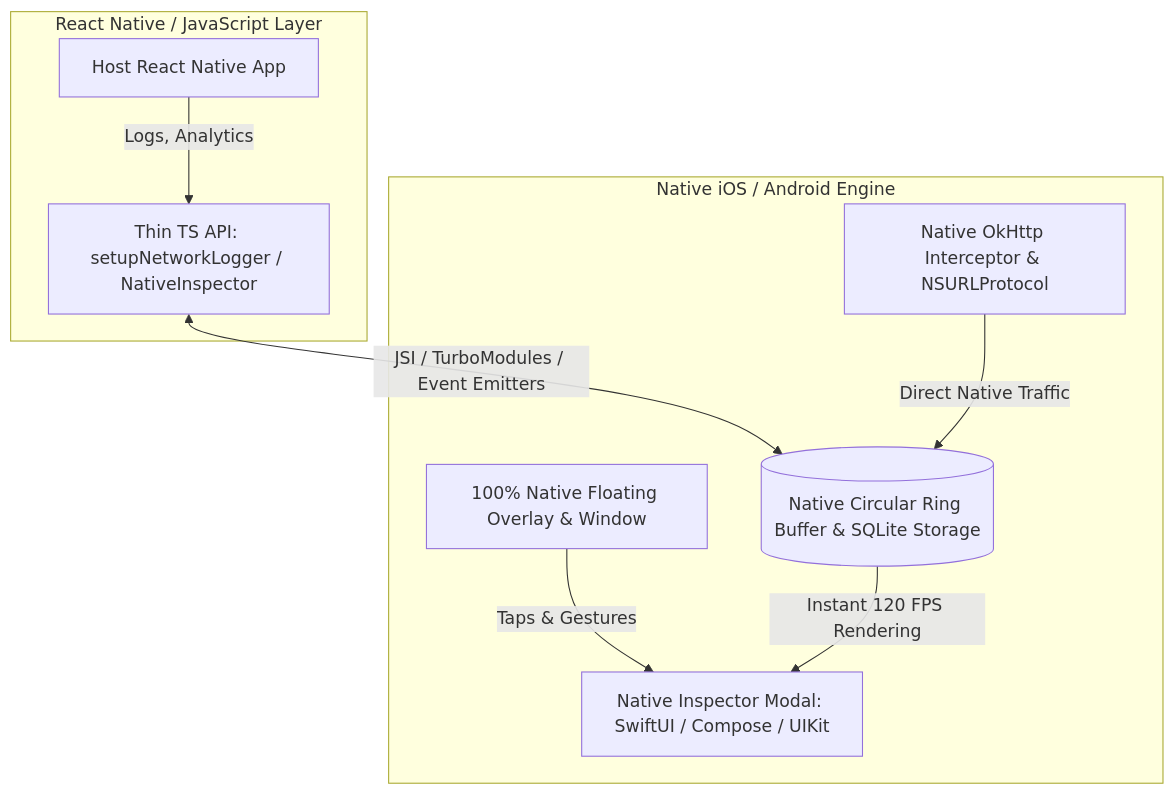
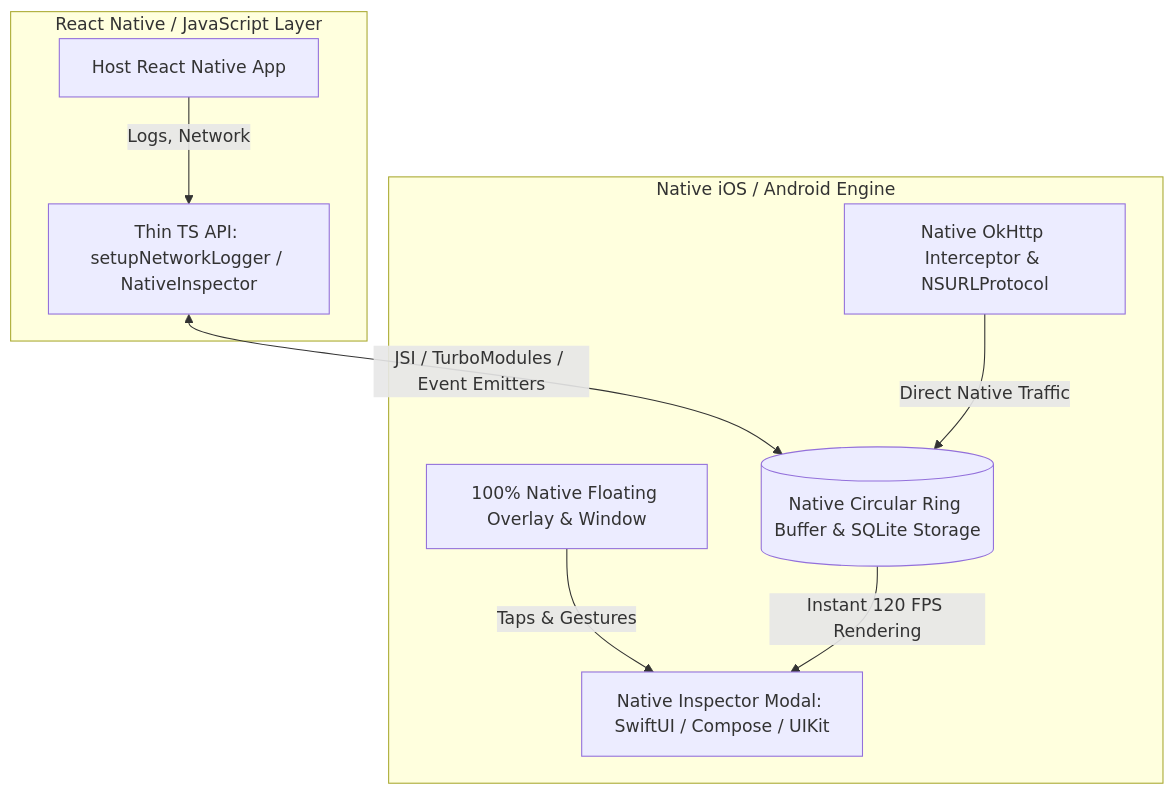
The diagram in README.md (dimashpt/pro-react-native-inapp-inspector), drawn with Mermaid before and after one commit. The commit also changed other lines of this file and 32 other files, not shown here.

````diff
--- a/README.md
+++ b/README.md
@@ -229,20 +227,20 @@
 ```mermaid
 flowchart TB
     subgraph React Native / JavaScript Layer
         JS_App[Host React Native App]
         JS_Bridge[Thin TS API: setupNetworkLogger / NativeInspector]
-        JS_App -->|Logs, Analytics| JS_Bridge
+        JS_App -->|Logs, Network| JS_Bridge
     end
 
     subgraph Native iOS / Android Engine
         Native_Store[(Native Circular Ring Buffer & SQLite Storage)]
         Native_Overlay[100% Native Floating Overlay & Window]
         Native_Modal[Native Inspector Modal: SwiftUI / Compose / UIKit]
         Native_Network[Native OkHttp Interceptor & NSURLProtocol]
 
         JS_Bridge <-->|JSI / TurboModules / Event Emitters| Native_Store
         Native_Network -->|Direct Native Traffic| Native_Store
         Native_Overlay -->|Taps & Gestures| Native_Modal
         Native_Store -->|Instant 120 FPS Rendering| Native_Modal
     end
 ```
````
